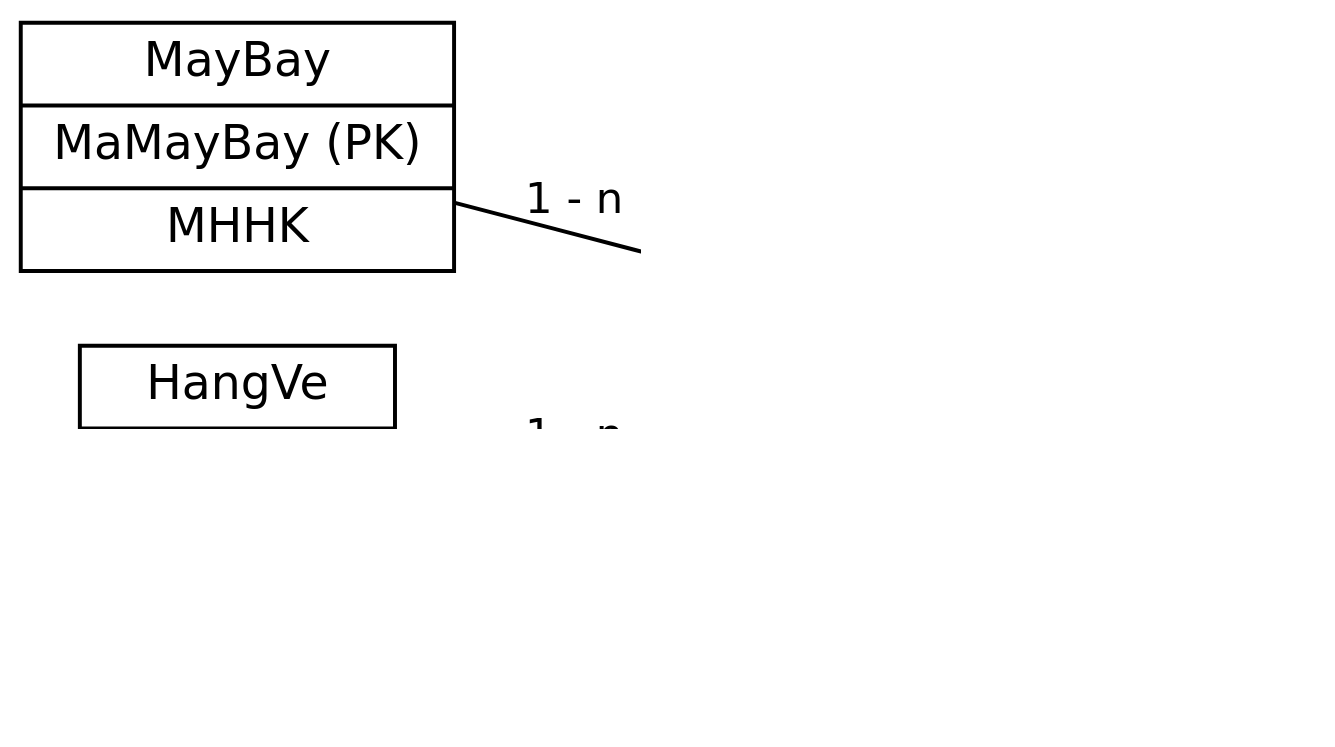
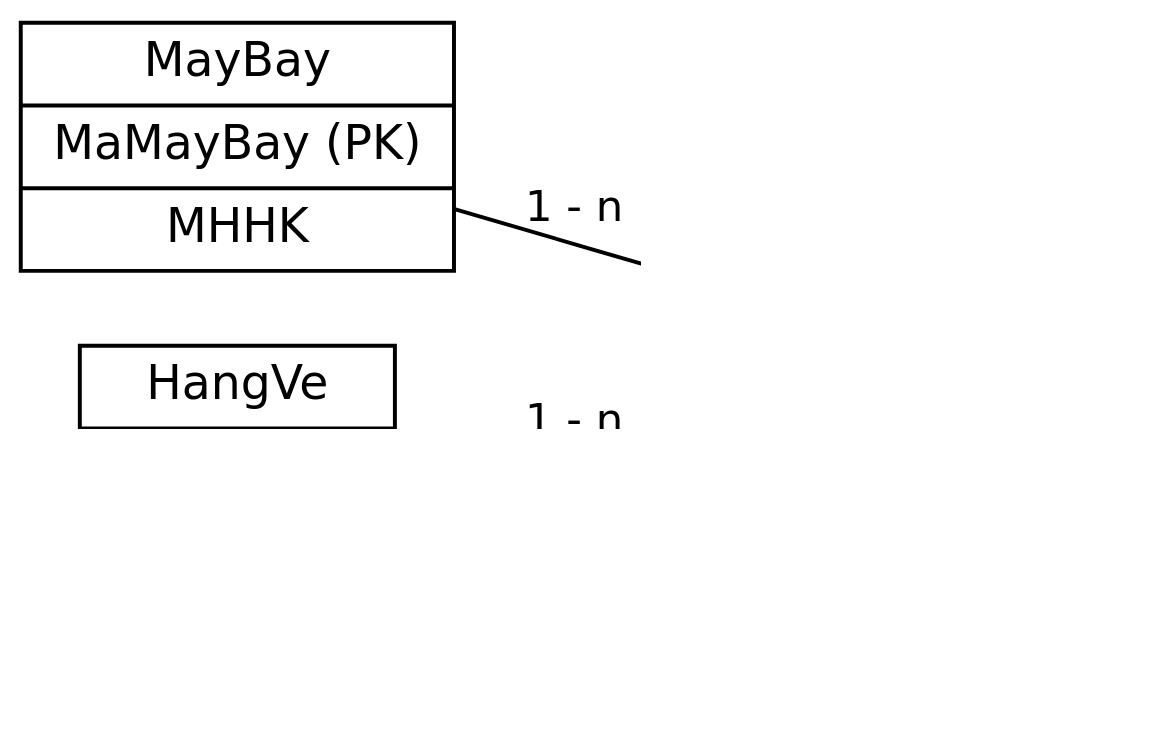
The diagram in docs/images/erd-maybay.dot (thainam06/C-), drawn with Graphviz before and after one commit. The commit also changed 25 other files, not shown here.

Commit message:
Adapt SQL profile to observed BanVeMayBay schema and isolate module errors

```diff
--- a/docs/images/erd-maybay.dot
+++ b/docs/images/erd-maybay.dot
@@ -1,1 +1,1 @@
-digraph G { graph [rankdir=LR,bgcolor="white",dpi=170]; node [shape=record,fontname="DejaVu Sans",fontsize=12]; edge [fontname="DejaVu Sans",fontsize=11]; m[label="MayBay|MaMayBay (PK)|MHHK"]; g[label="Ghe|MaMayBay + MaGhe (PK)|MaHV (FK)|LoaiGhe"]; h[label="HangVe|MaHV (PK)|TenHV|HanhLyKg|DonGiaVe"]; m -> g[label="1 - n"]; h -> g[label="1 - n"];}
+digraph G { graph [rankdir=LR,bgcolor="white",dpi=170]; node [shape=record,fontname="DejaVu Sans",fontsize=12]; edge [fontname="DejaVu Sans",fontsize=11]; m[label="MayBay|MaMayBay (PK)|MHHK"]; g[label="Ghe|MaGhe (PK SQL)|MaMayBay (FK)|MaHV (FK)|LoaiGhe (suy dien)"]; h[label="HangVe|MaHV (PK)|TenHV|HanhLyKg|DonGiaVe"]; m -> g[label="1 - n"]; h -> g[label="1 - n"];}
```
